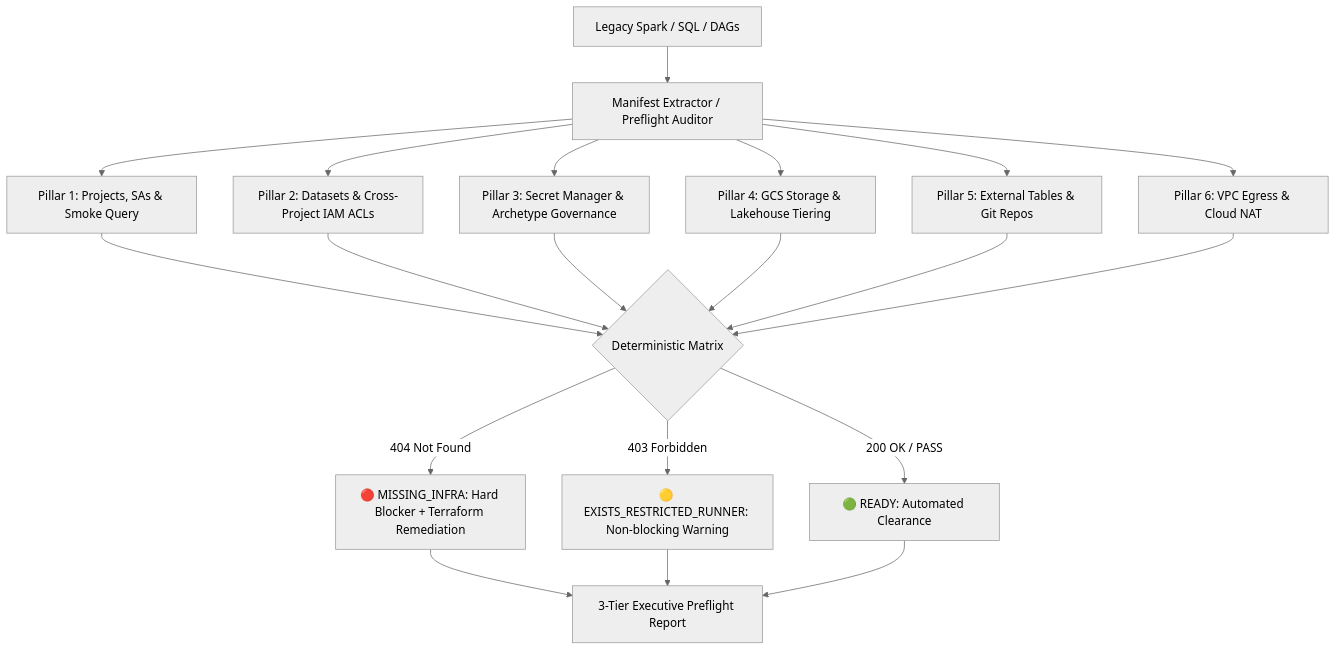
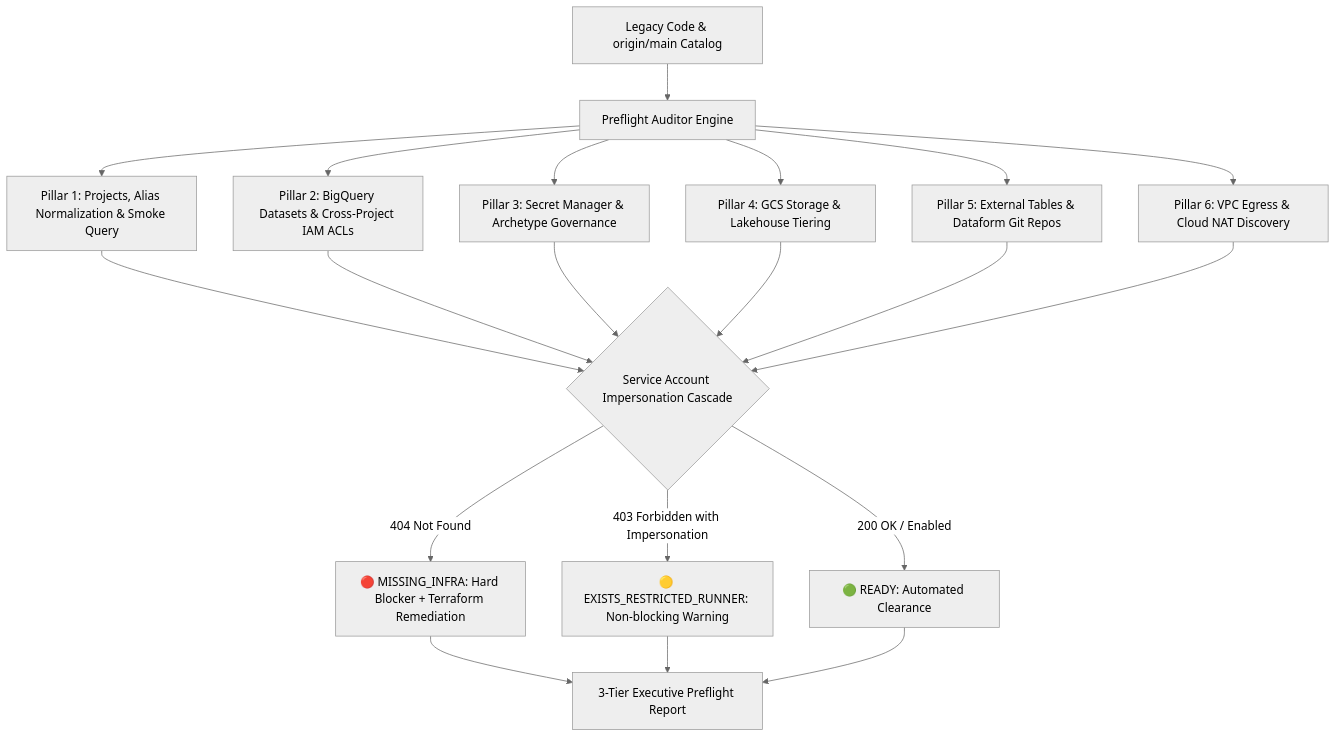
One commit to mvsimao/agent-skills changed the diagram in skills/cloud-preflight-infra-auditor/SKILL.md. Above: the diagram before and after it, drawn with Mermaid (neutral theme). The commit also changed other lines of this file and 17 other files, not shown here.

````diff
--- a/skills/cloud-preflight-infra-auditor/SKILL.md
+++ b/skills/cloud-preflight-infra-auditor/SKILL.md
@@ -16,17 +18,17 @@
 ```mermaid
 flowchart TD
-    A["Legacy Spark / SQL / DAGs"] --> B["Manifest Extractor / Preflight Auditor"]
-    B --> P1["Pillar 1: Projects, SAs & Smoke Query"]
-    B --> P2["Pillar 2: Datasets & Cross-Project IAM ACLs"]
+    A["Legacy Code & origin/main Catalog"] --> B["Preflight Auditor Engine"]
+    B --> P1["Pillar 1: Projects, Alias Normalization & Smoke Query"]
+    B --> P2["Pillar 2: BigQuery Datasets & Cross-Project IAM ACLs"]
     B --> P3["Pillar 3: Secret Manager & Archetype Governance"]
     B --> P4["Pillar 4: GCS Storage & Lakehouse Tiering"]
-    B --> P5["Pillar 5: External Tables & Git Repos"]
-    B --> P6["Pillar 6: VPC Egress & Cloud NAT"]
+    B --> P5["Pillar 5: External Tables & Dataform Git Repos"]
+    B --> P6["Pillar 6: VPC Egress & Cloud NAT Discovery"]
 
-    P1 & P2 & P3 & P4 & P5 & P6 --> M{"Deterministic Matrix"}
+    P1 & P2 & P3 & P4 & P5 & P6 --> M{"Service Account Impersonation Cascade"}
     M -->|404 Not Found| BLOCK["🔴 MISSING_INFRA: Hard Blocker + Terraform Remediation"]
-    M -->|403 Forbidden| RESTRICT["🟡 EXISTS_RESTRICTED_RUNNER: Non-blocking Warning"]
-    M -->|200 OK / PASS| PASS["🟢 READY: Automated Clearance"]
+    M -->|403 Forbidden with Impersonation| RESTRICT["🟡 EXISTS_RESTRICTED_RUNNER: Non-blocking Warning"]
+    M -->|200 OK / Enabled| PASS["🟢 READY: Automated Clearance"]
 
     BLOCK & RESTRICT & PASS --> R["3-Tier Executive Preflight Report"]
 ```
````
